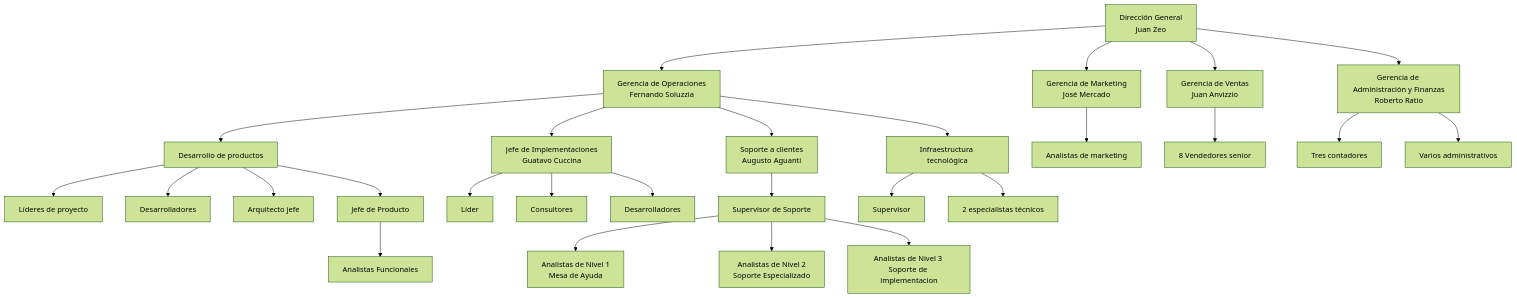
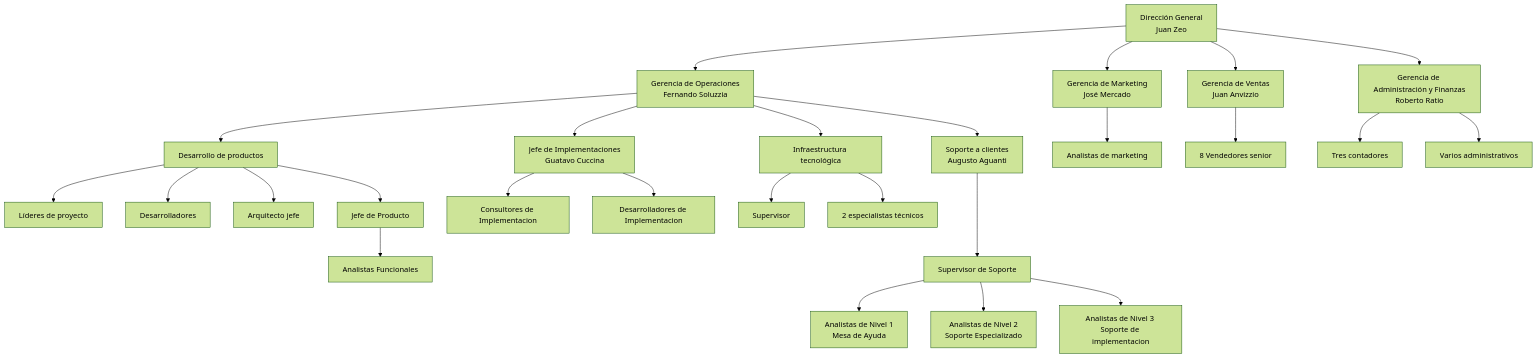
The diagram in docs/Organigrama/organigrama.md (CrissRMFI/TPG-PSA), drawn with Mermaid (forest theme) before and after one commit.

Commit message:
Especifico roles en el area de implementación. #5

````diff
--- a/docs/Organigrama/organigrama.md
+++ b/docs/Organigrama/organigrama.md
@@ -19,40 +19,40 @@
 ```mermaid
 graph TB
   A[Dirección General<br>Juan Zeo]
 
   A --> B[Gerencia de Operaciones<br>Fernando Soluzzia]
   A --> C[Gerencia de Marketing<br>José Mercado]
   A --> D[Gerencia de Ventas<br>Juan Anvizzio]
   A --> E[Gerencia de Administración y Finanzas<br>Roberto Ratio]
 
   B --> B1[Desarrollo de productos]
   B --> B2[Jefe de Implementaciones<br>Guatavo Cuccina]
   B --> B3[Soporte a clientes<br> Augusto Aguanti]
   B --> B4[Infraestructura tecnológica]
 
   B1 --> B1a[Líderes de proyecto]
   B1 --> B1b[Desarrolladores]
   B1 --> B1c[Arquitecto jefe]
   B1 --> B1d[Jefe de Producto]
 
   B1d --> B1d1[Analistas Funcionales]
 
-  B2 --> B2a[Líder]
-  B2 --> B2b[Consultores]
-  B2 --> B2c[Desarrolladores]
 
-  B3 --> B3a[Supervisor de Soporte]
+  B2 --> B2b[Consultores de Implementacion]
+  B2 --> B2c[Desarrolladores de Implementacion]
+
+  B3 ---> B3a[Supervisor de Soporte]
   B3a --> B3b[Analistas de Nivel 1<br>Mesa de Ayuda]
   B3a --> B3c[Analistas de Nivel 2 <br>Soporte Especializado]
   B3a --> B3d[Analistas de Nivel 3 <br>Soporte de implementacion]
 
   B4 --> B4a[Supervisor]
   B4 --> B4b[2 especialistas técnicos]
 
   C --> C1[Analistas de marketing]
 
   D --> D1[8 Vendedores senior]
 
   E --> E1[Tres contadores]
   E --> E2[Varios administrativos]
 ```
````
